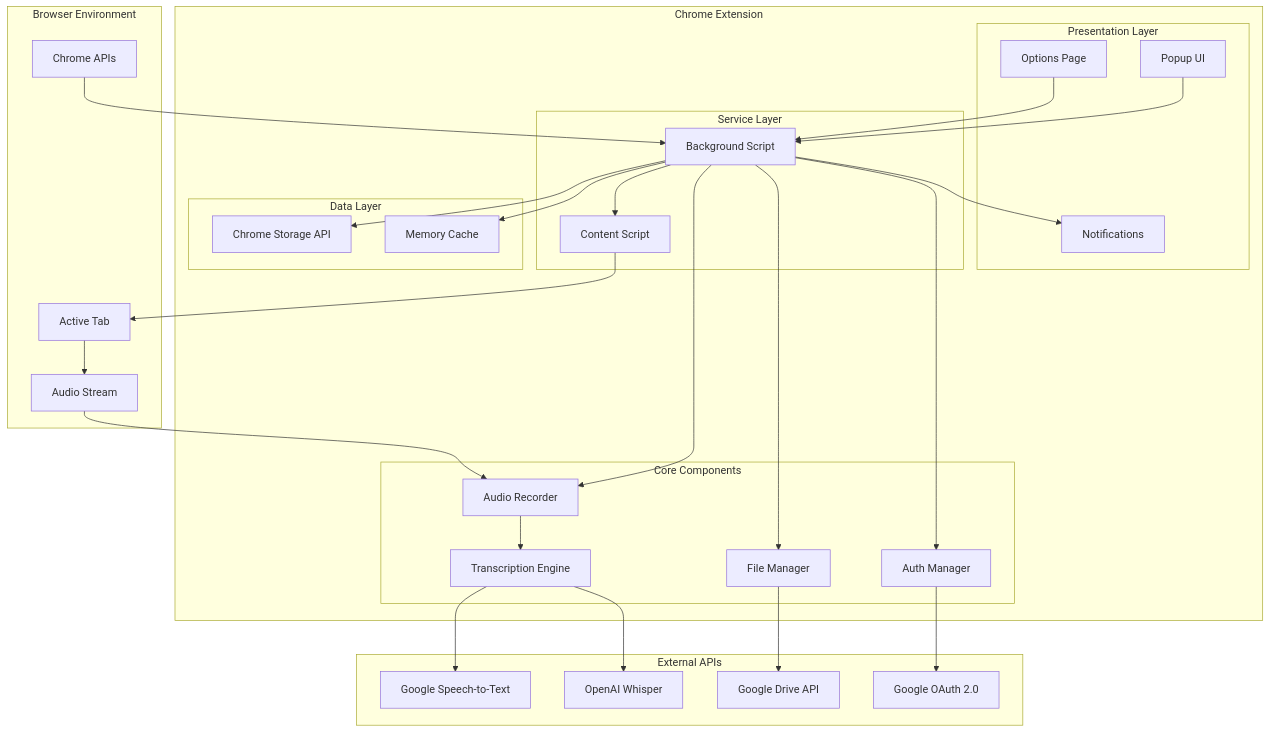
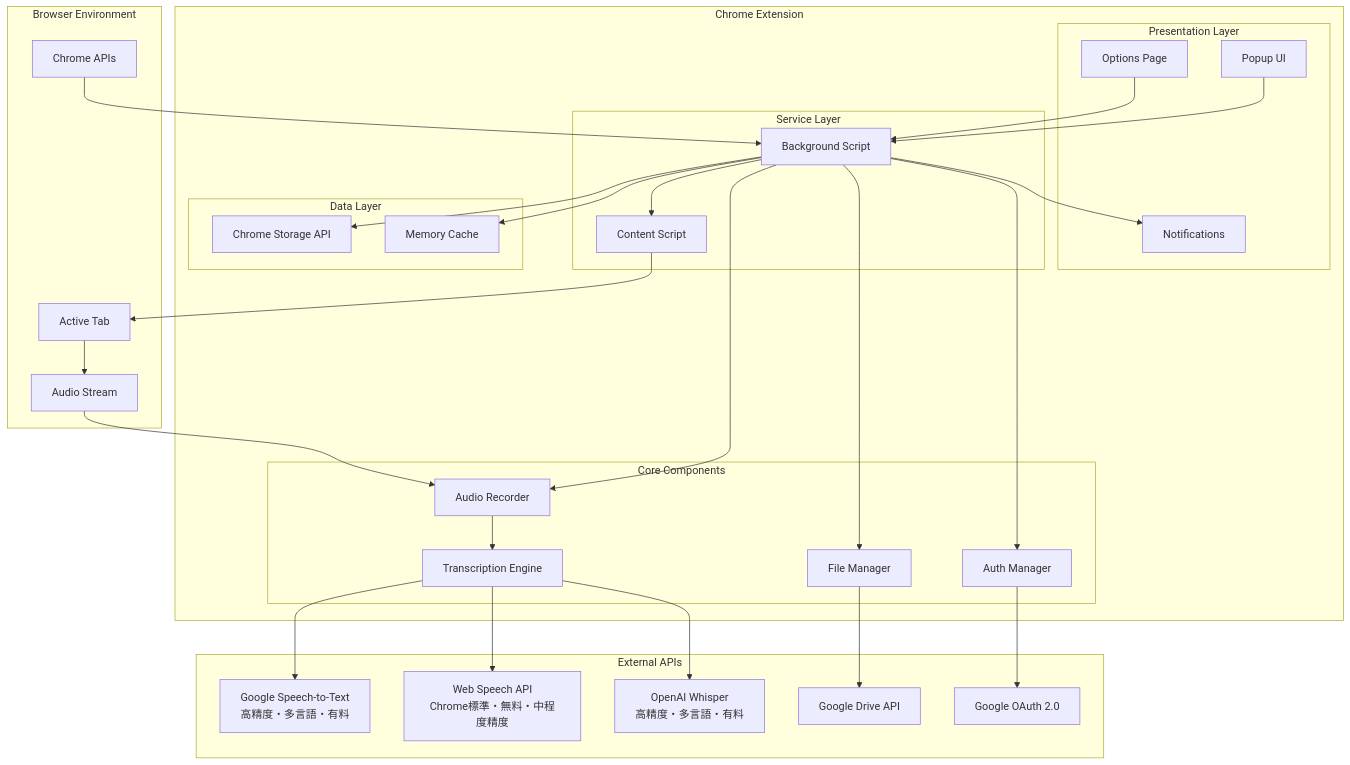
The first of 26 diagrams in docs/architecture.md (tatsuyamiyazaki/video-transcription-chrome-extension), drawn with Mermaid before and after one commit. The commit also changed other lines of this file and 5 other files, not shown here.

Commit message:
Web Speech APIを追加したため、ドキュメントを更新

````diff
--- a/docs/architecture.md
+++ b/docs/architecture.md
@@ -8,62 +8,62 @@
 ```mermaid
 graph TB
     subgraph "Chrome Extension"
         subgraph "Presentation Layer"
             UI[Popup UI]
             OPT[Options Page]
             NOT[Notifications]
         end
         
         subgraph "Service Layer"
             BG[Background Script]
             CS[Content Script]
         end
         
         subgraph "Data Layer"
             STOR[Chrome Storage API]
             CACHE[Memory Cache]
         end
         
         subgraph "Core Components"
             AR[Audio Recorder]
             TR[Transcription Engine]
             FM[File Manager]
             AM[Auth Manager]
         end
     end
-    
-    subgraph "External APIs"
-        GSTT[Google Speech-to-Text]
-        WHISPER[OpenAI Whisper]
+      subgraph "External APIs"
+        GSTT[Google Speech-to-Text<br/>高精度・多言語・有料]
+        WSA[Web Speech API<br/>Chrome標準・無料・中程度精度]
+        WHISPER[OpenAI Whisper<br/>高精度・多言語・有料]
         GDRIVE[Google Drive API]
         OAUTH[Google OAuth 2.0]
     end
     
     subgraph "Browser Environment"
         TAB[Active Tab]
         AUDIO[Audio Stream]
         CHROME[Chrome APIs]
     end
     
     UI --> BG
     OPT --> BG
     BG --> CS
     CS --> TAB
     TAB --> AUDIO
-    
-    BG --> AR
+      BG --> AR
     AR --> TR
     TR --> GSTT
+    TR --> WSA
     TR --> WHISPER
     BG --> FM
     FM --> GDRIVE
     BG --> AM
     AM --> OAUTH
     
     BG --> STOR
     BG --> CACHE
     BG --> NOT
     
     AUDIO --> AR
     CHROME --> BG
 ```
````
